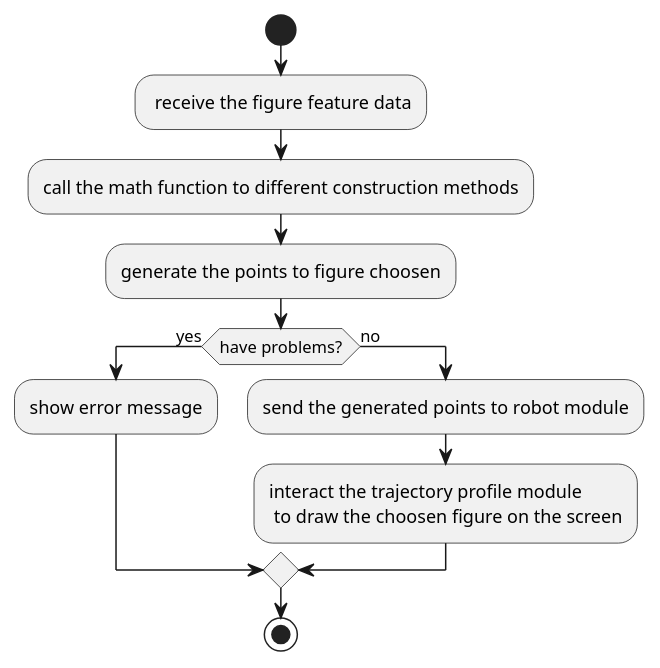
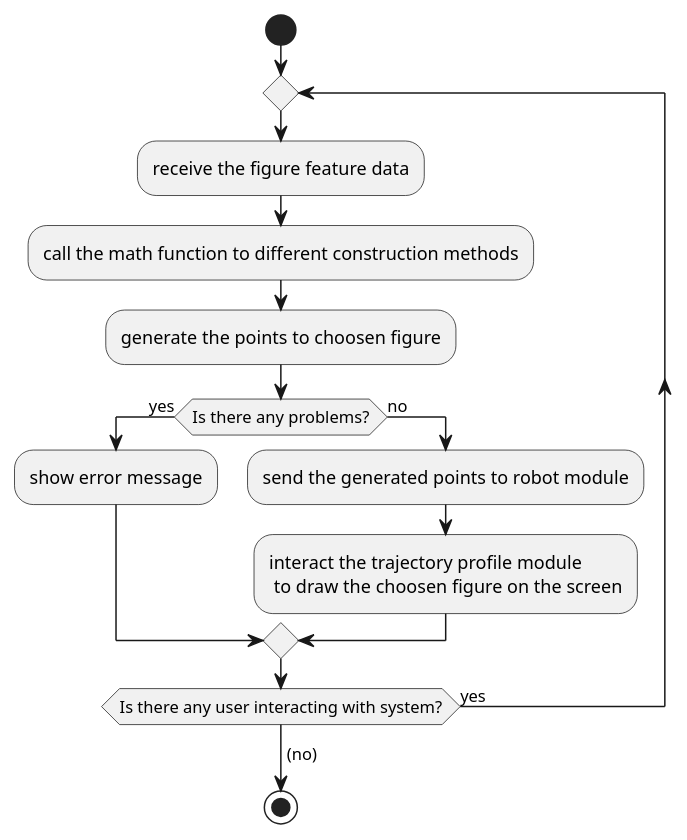
One commit to MarcioFreitasUFSC21/RTGS-Master-Course-System changed the diagram in ActivityDiagramToGeneratot.plantuml. Above: the diagram before and after it, drawn with PlantUML. The commit also changed 4 other files, not shown here.

Commit message:
The Final Adjustements have made in all the Acitivity Diagrams of RTGS System

```diff
--- a/ActivityDiagramToGeneratot.plantuml
+++ b/ActivityDiagramToGeneratot.plantuml
@@ -1,13 +1,16 @@
 @startuml
 start
-    : receive the figure feature data;
+repeat
+    :receive the figure feature data;
     :call the math function to different construction methods;
-    :generate the points to figure choosen;
-if (have problems?) then (yes)
+    :generate the points to choosen figure;
+if (Is there any problems?) then (yes)
     :show error message;
 else (no)
     :send the generated points to robot module;
     :interact the trajectory profile module\n to draw the choosen figure on the screen;
 endif
+repeat while(Is there any user interacting with system?) is (yes)
+->(no);
 stop
 @enduml
```
